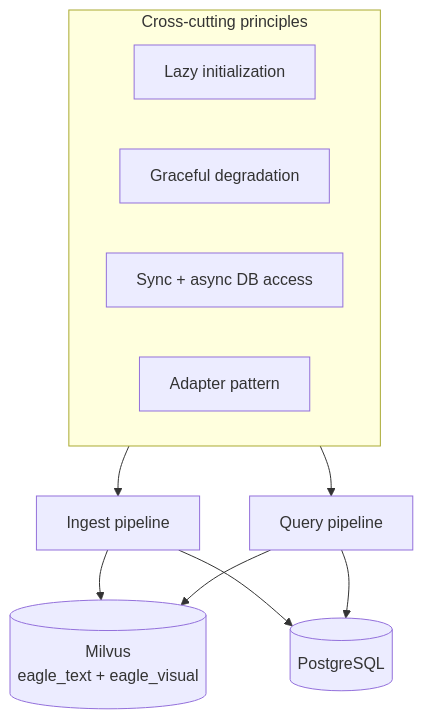
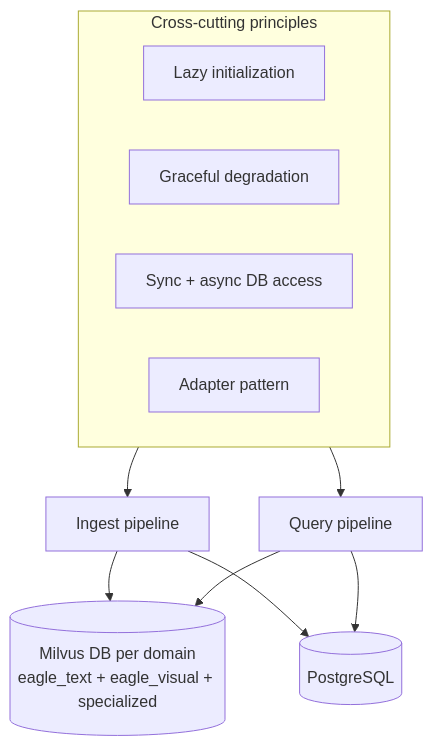
Before and after one commit to zhiweio/EagleRAG: the second of 2 diagrams in docs/en/architecture/index.md, drawn with Mermaid. The commit also changed other lines of this file and 249 other files, not shown here.

````diff
--- a/docs/en/architecture/index.md
+++ b/docs/en/architecture/index.md
@@ -110,15 +139,15 @@
 ```mermaid
 flowchart TB
     subgraph Principles["Cross-cutting principles"]
         P1["Lazy initialization"]
         P2["Graceful degradation"]
         P3["Sync + async DB access"]
         P4["Adapter pattern"]
     end
     Principles --> INGEST["Ingest pipeline"]
     Principles --> QUERY["Query pipeline"]
-    INGEST --> MILVUS[("Milvus<br/>eagle_text + eagle_visual")]
+    INGEST --> MILVUS[("Milvus DB per domain<br/>eagle_text + eagle_visual + specialized")]
     QUERY --> MILVUS
     INGEST --> PG[("PostgreSQL")]
     QUERY --> PG
 ```
````
